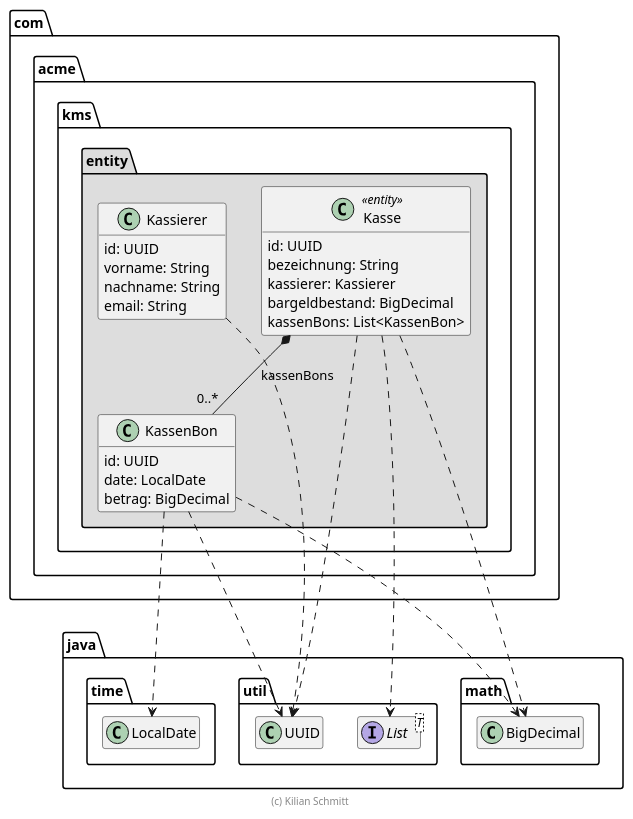
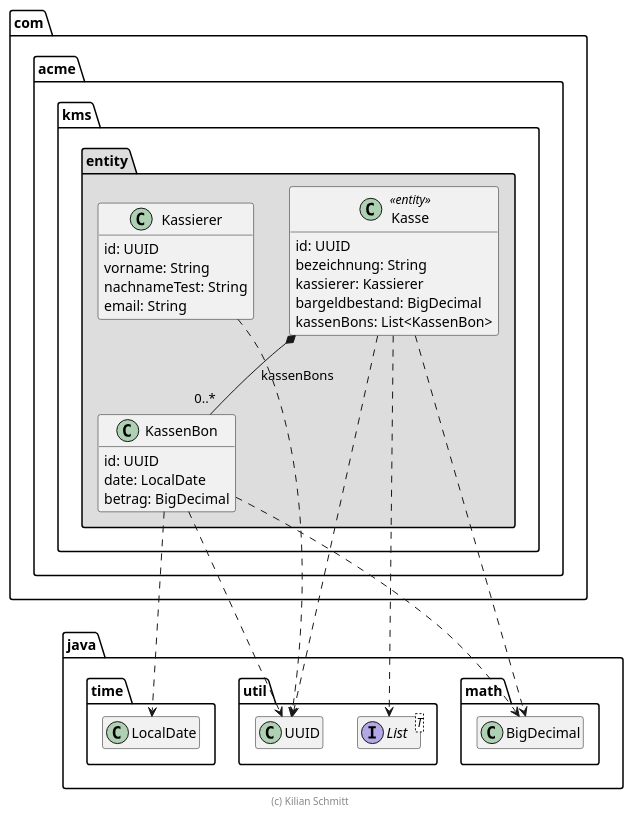
The diagram in extras/doc/Kasse.plantuml (KilianSchmitt/kassen-managment-system), drawn with PlantUML before and after one commit. The commit also changed other lines of this file and 16 other files, not shown here.

Commit message:
A1: Javadoc with UML-Diagrams working

```diff
--- a/extras/doc/Kasse.plantuml
+++ b/extras/doc/Kasse.plantuml
@@ -15,54 +1,54 @@
 @startuml Kasse
 skinparam classAttributeIconSize 0
 
 package java {
     package util {
         class UUID
         interface List<T>
     }
     package math {
         class BigDecimal
     }
     package time {
         class LocalDate
     }
 }
 
 package com.acme.kms.entity #DDDDDD {
     class Kasse <<entity>> {
         id: UUID
         bezeichnung: String
         kassierer: Kassierer
         bargeldbestand: BigDecimal
         kassenBons: List<KassenBon>
     }
 
     class Kassierer {
         id: UUID
         vorname: String
-        nachname: String
+        nachnameTest: String
         email: String
     }
 
     class KassenBon {
         id: UUID
         date: LocalDate
         betrag: BigDecimal
     }
 
     Kasse *-- "0..*" KassenBon : kassenBons
 
     Kasse ..> UUID
     Kasse ..> BigDecimal
     Kasse ..> List
 
     Kassierer ..> UUID
     KassenBon ..> UUID
     KassenBon ..> LocalDate
     KassenBon ..> BigDecimal
 }
 
 hide empty members
 
 footer (c) Kilian Schmitt
 @enduml
```
